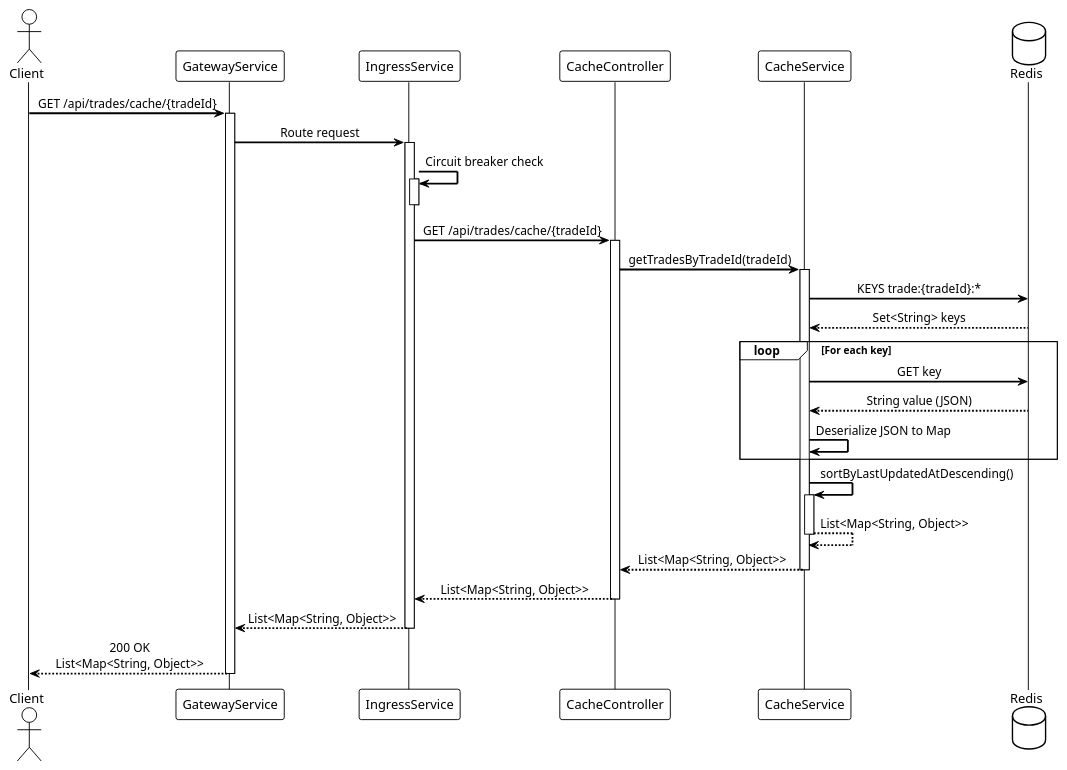
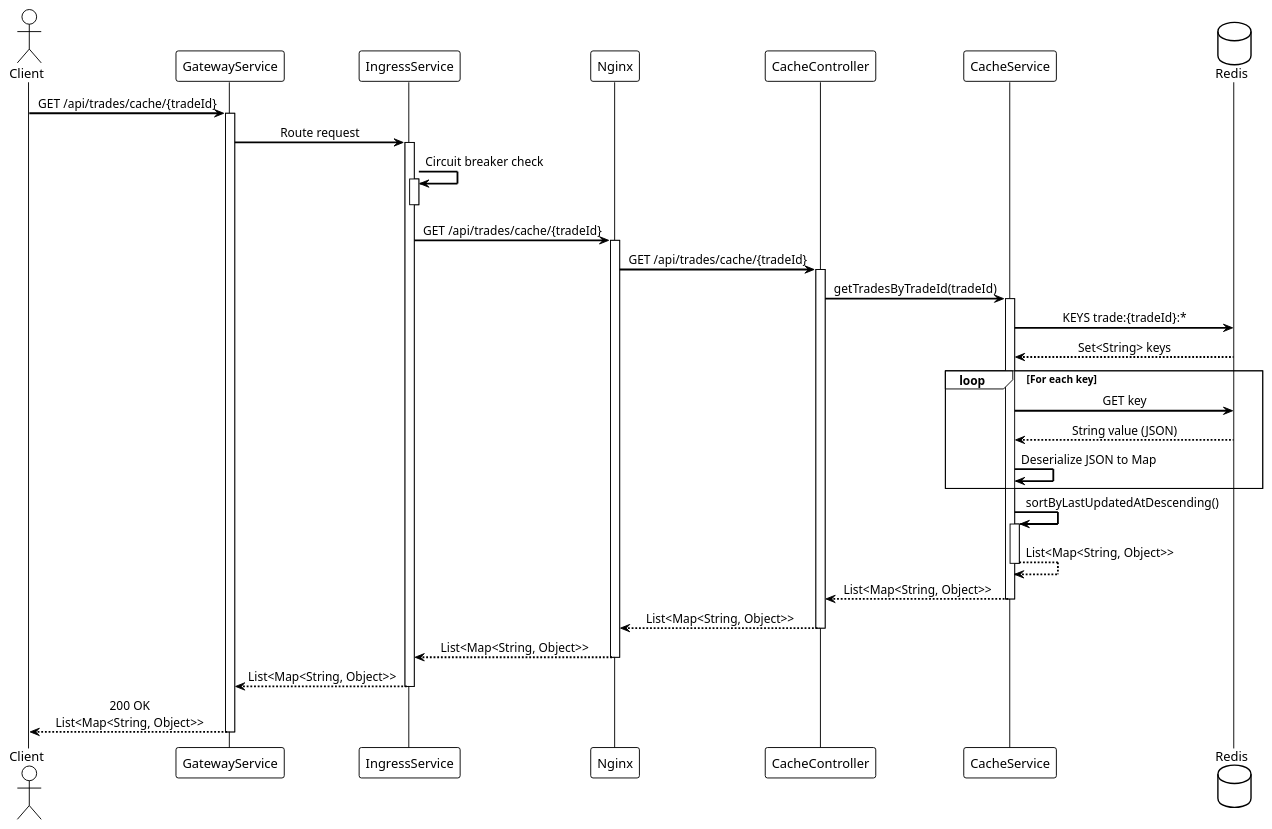
Before and after one commit to mukizonese/trade-platform: the diagram in backend/diagrams/sequence-cache-query.puml, drawn with PlantUML. The commit also changed 6 other files, not shown here.

Commit message:
PlantUML diagrams updated to NGINX proxy between Trade service

```diff
--- a/backend/diagrams/sequence-cache-query.puml
+++ b/backend/diagrams/sequence-cache-query.puml
@@ -1,57 +1,64 @@
 @startuml Cache Query
 
 !theme plain
 skinparam backgroundColor #FFFFFF
 skinparam sequenceMessageAlign center
 skinparam sequenceArrowThickness 2
 
 actor Client
 participant GatewayService
 participant IngressService
+participant Nginx
 participant CacheController
 participant CacheService
 database Redis
 
 Client -> GatewayService: GET /api/trades/cache/{tradeId}
 activate GatewayService
 
 GatewayService -> IngressService: Route request
 activate IngressService
 
 IngressService -> IngressService: Circuit breaker check
 activate IngressService
 deactivate IngressService
 
-IngressService -> CacheController: GET /api/trades/cache/{tradeId}
+IngressService -> Nginx: GET /api/trades/cache/{tradeId}
+activate Nginx
+
+Nginx -> CacheController: GET /api/trades/cache/{tradeId}
 activate CacheController
 
 CacheController -> CacheService: getTradesByTradeId(tradeId)
 activate CacheService
 
 CacheService -> Redis: KEYS trade:{tradeId}:*
 Redis --> CacheService: Set<String> keys
 
 loop For each key
     CacheService -> Redis: GET key
     Redis --> CacheService: String value (JSON)
     CacheService -> CacheService: Deserialize JSON to Map
 end
 
 CacheService -> CacheService: sortByLastUpdatedAtDescending()
 activate CacheService
 CacheService --> CacheService: List<Map<String, Object>>
 deactivate CacheService
 
 CacheService --> CacheController: List<Map<String, Object>>
 deactivate CacheService
 
-CacheController --> IngressService: List<Map<String, Object>>
+CacheController --> Nginx: List<Map<String, Object>>
 deactivate CacheController
+
+Nginx --> IngressService: List<Map<String, Object>>
+deactivate Nginx
 
 IngressService --> GatewayService: List<Map<String, Object>>
 deactivate IngressService
 
 GatewayService --> Client: 200 OK\nList<Map<String, Object>>
 deactivate GatewayService
 
 @enduml
```
